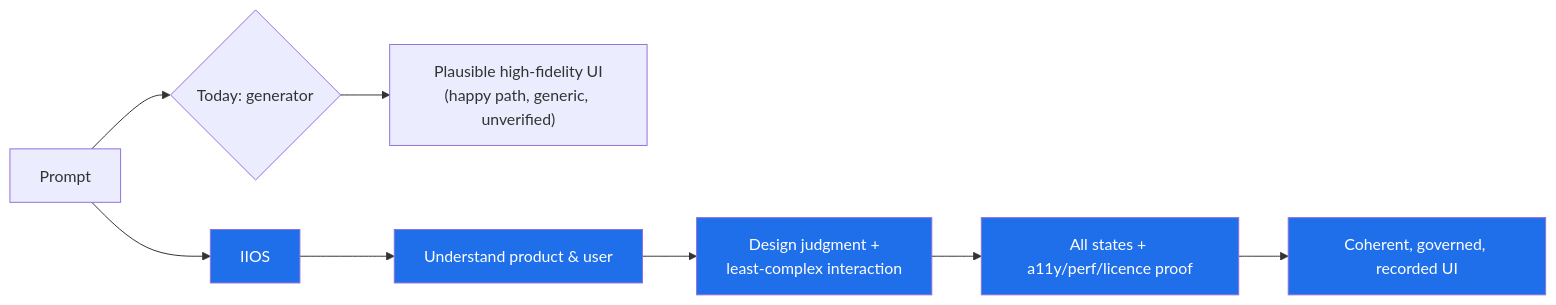
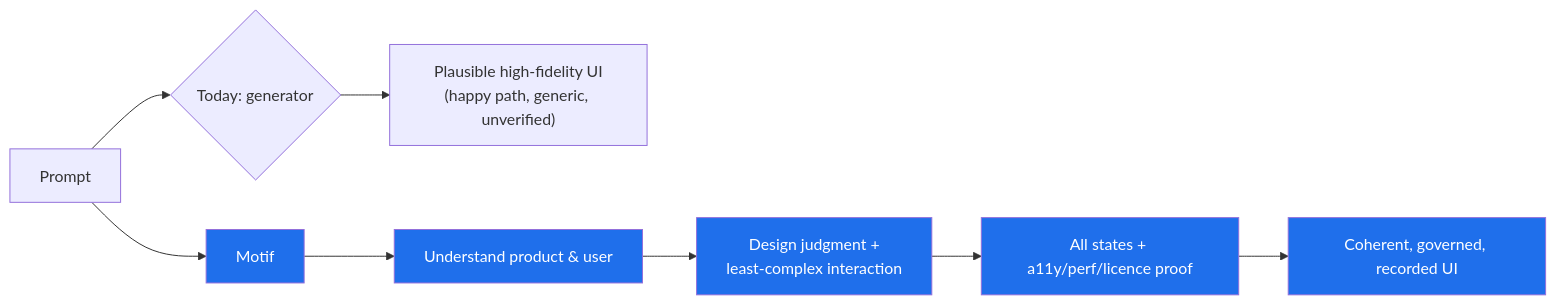
Before and after one commit to Suraj787/motif: the diagram in docs/product/vision.md, drawn with Mermaid. The commit also changed other lines of this file and 54 other files, not shown here.

````diff
--- a/docs/product/vision.md
+++ b/docs/product/vision.md
@@ -22,12 +22,12 @@
 ```mermaid
 flowchart LR
   A["Prompt"] --> B{"Today: generator"}
   B --> C["Plausible high-fidelity UI<br/>(happy path, generic, unverified)"]
-  A --> D["IIOS"]
+  A --> D["Motif"]
   D --> E["Understand product & user"]
   E --> F["Design judgment +<br/>least-complex interaction"]
   F --> G["All states + a11y/perf/licence proof"]
   G --> H["Coherent, governed, recorded UI"]
   classDef good fill:#1f6feb,color:#fff;
   class D,E,F,G,H good;
 ```
````
